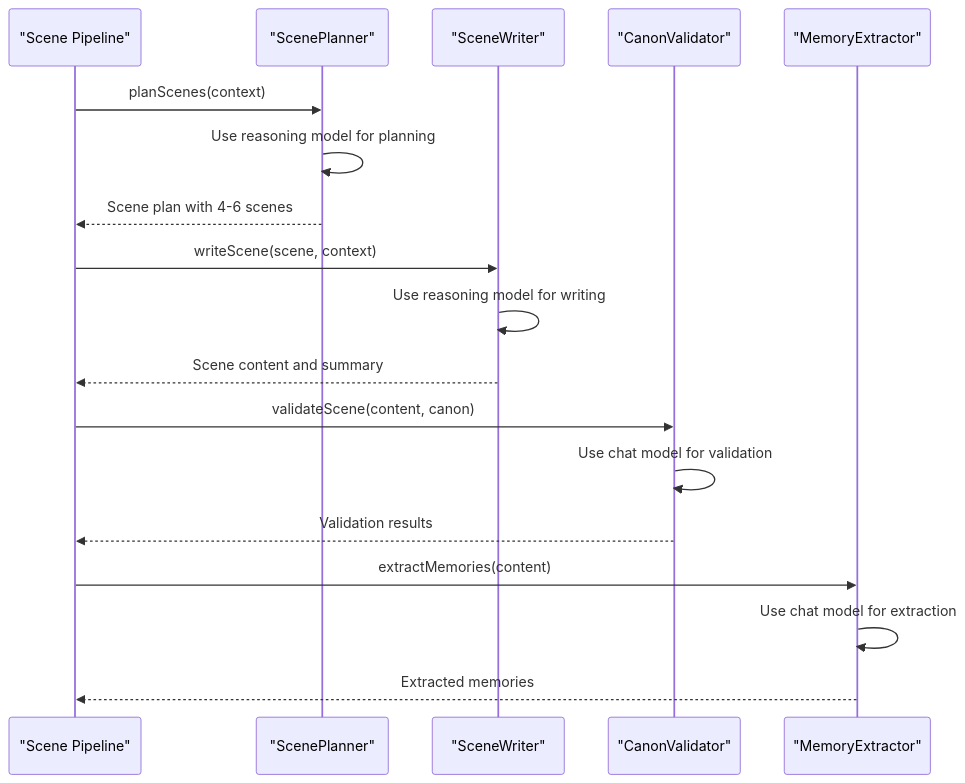
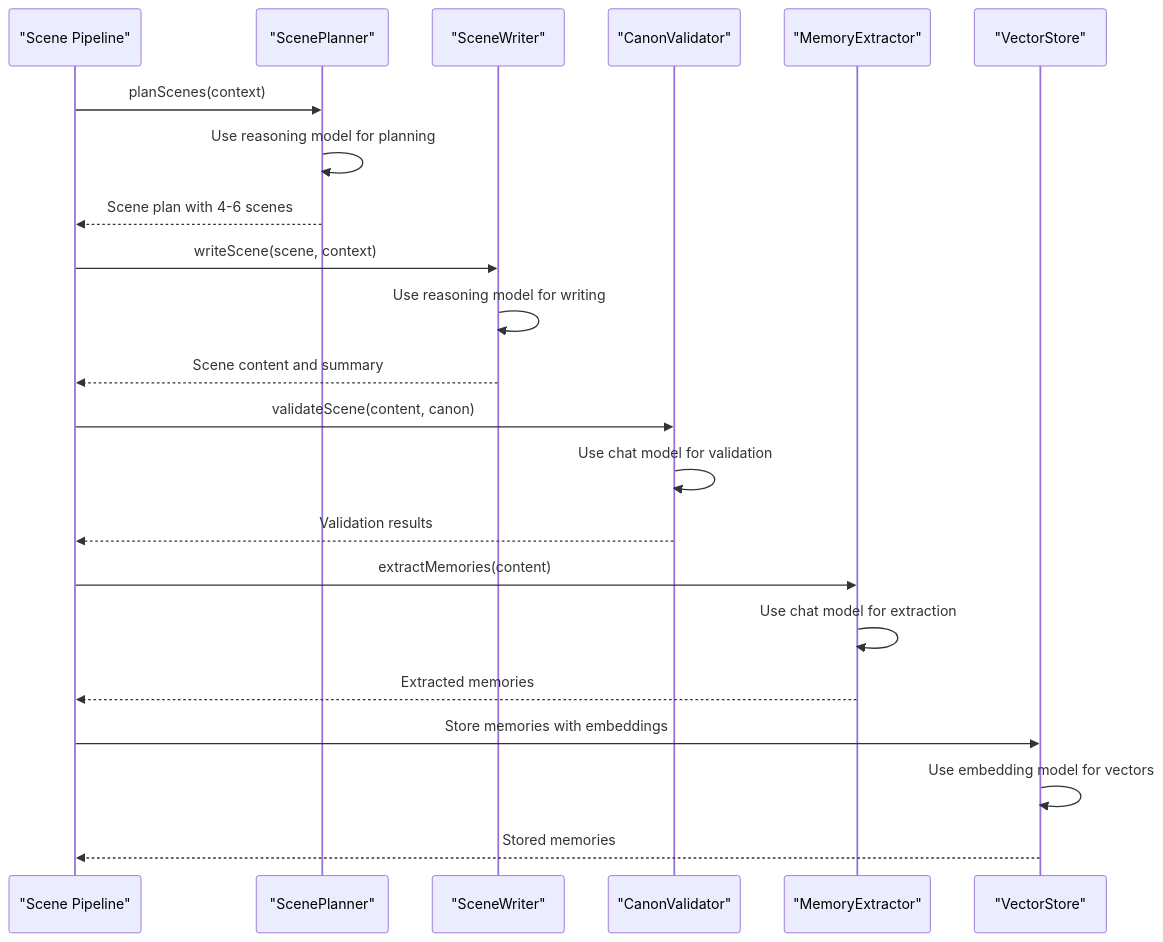
Before and after one commit to liwonder/NARRITIVE_OS: the seventh of 8 diagrams in .qoder/repowiki/en/content/LLM Integration and Configuration.md, drawn with Mermaid. The commit also changed other lines of this file and 12 other files, not shown here.

````diff
--- a/.qoder/repowiki/en/content/LLM Integration and Configuration.md
+++ b/.qoder/repowiki/en/content/LLM Integration and Configuration.md
@@ -413,20 +506,24 @@
 ```mermaid
 sequenceDiagram
 participant Pipeline as "Scene Pipeline"
 participant Planner as "ScenePlanner"
 participant Writer as "SceneWriter"
 participant Validator as "CanonValidator"
 participant Extractor as "MemoryExtractor"
+participant Vector as "VectorStore"
 Pipeline->>Planner : planScenes(context)
 Planner->>Planner : Use reasoning model for planning
 Planner-->>Pipeline : Scene plan with 4-6 scenes
 Pipeline->>Writer : writeScene(scene, context)
 Writer->>Writer : Use reasoning model for writing
 Writer-->>Pipeline : Scene content and summary
 Pipeline->>Validator : validateScene(content, canon)
 Validator->>Validator : Use chat model for validation
 Validator-->>Pipeline : Validation results
 Pipeline->>Extractor : extractMemories(content)
 Extractor->>Extractor : Use chat model for extraction
 Extractor-->>Pipeline : Extracted memories
+Pipeline->>Vector : Store memories with embeddings
+Vector->>Vector : Use embedding model for vectors
+Vector-->>Pipeline : Stored memories
 ```
````
